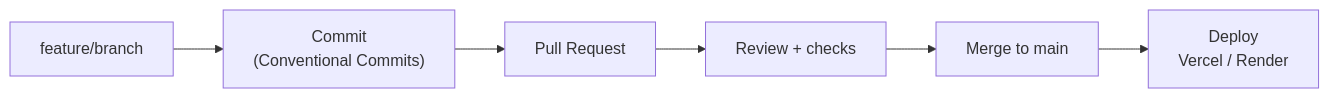
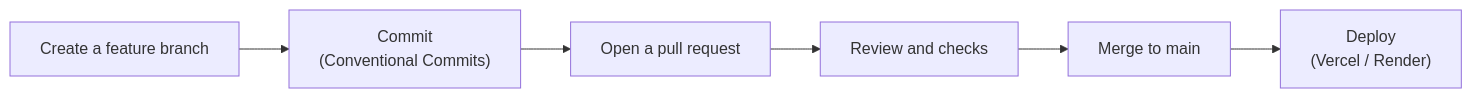
One commit to vaishnaviinit/DevFlow changed the sixth of 6 diagrams in README.md. Above: the diagram before and after it, drawn with Mermaid. The commit also changed other lines of this file and 2 other files, not shown here.

````diff
--- a/README.md
+++ b/README.md
@@ -487,8 +579,8 @@
 ```mermaid
 flowchart LR
-    A["feature/branch"] --> B["Commit<br/>(Conventional Commits)"]
-    B --> C["Pull Request"]
-    C --> D["Review + checks"]
+    A["Create a feature branch"] --> B["Commit<br/>(Conventional Commits)"]
+    B --> C["Open a pull request"]
+    C --> D["Review and checks"]
     D --> E["Merge to main"]
-    E --> F["Deploy<br/>Vercel / Render"]
+    E --> F["Deploy<br/>(Vercel / Render)"]
 ```
````
